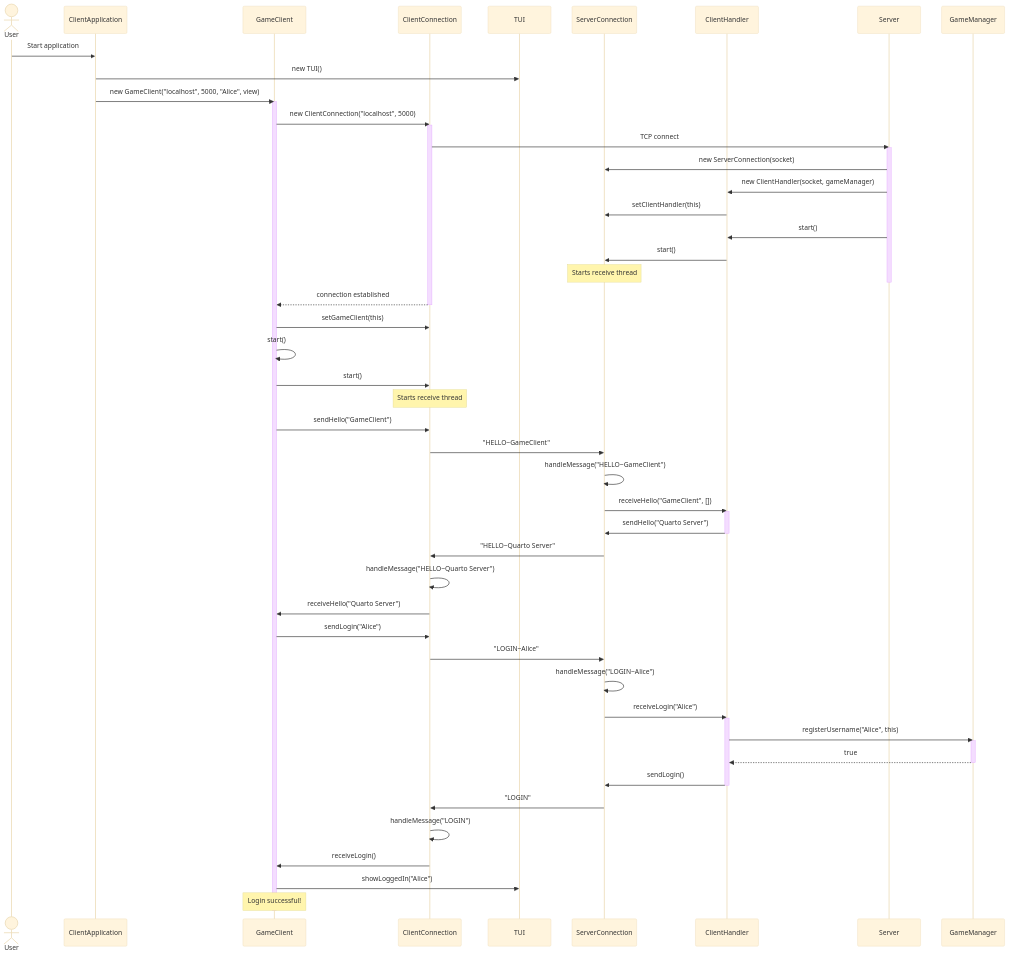
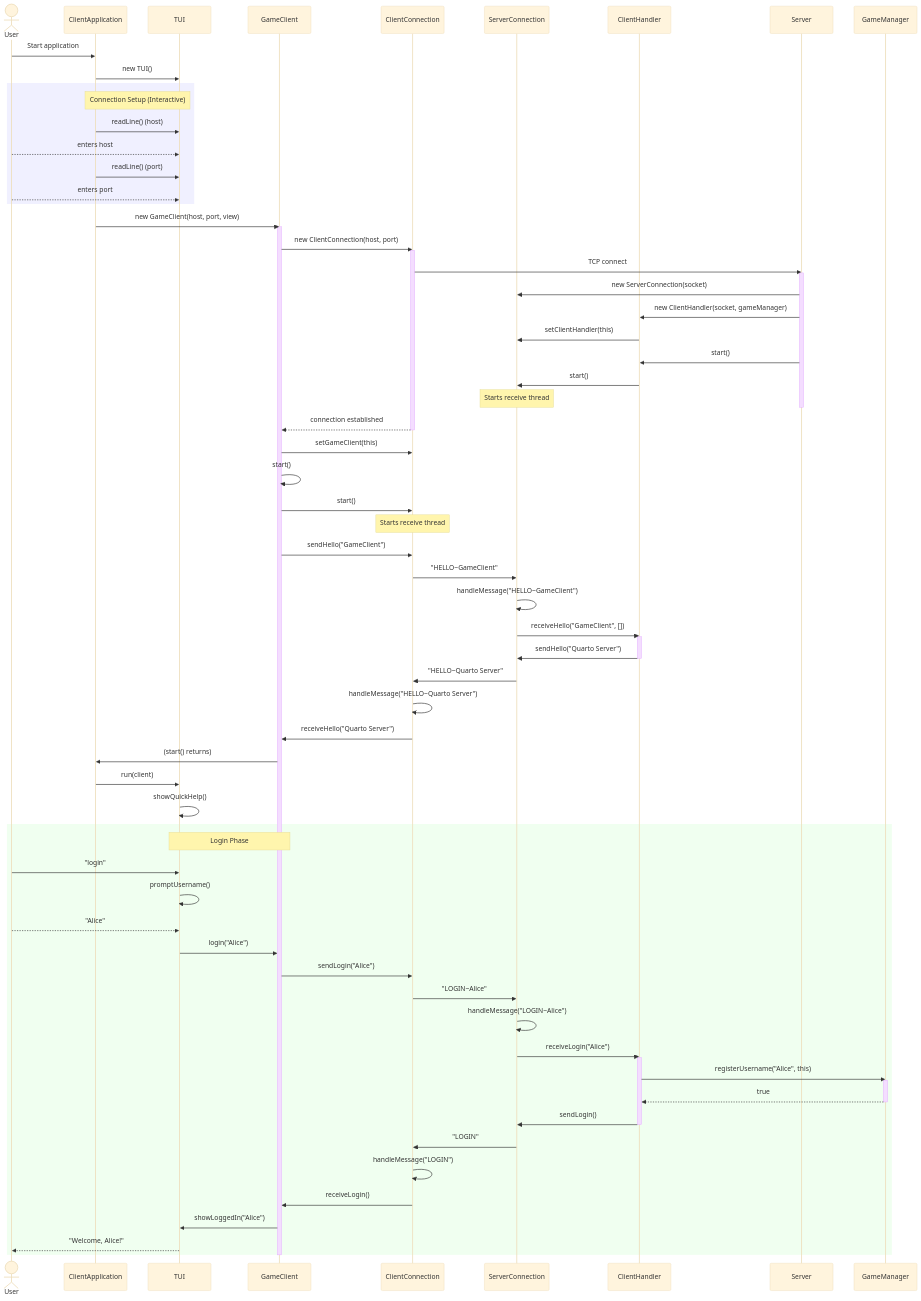
One commit to ramzxy/quarto changed the first of 5 diagrams in docs/Diagrams/Sequence Diagram/sequence_diagram.md. Above: the diagram before and after it, drawn with Mermaid (base theme). The commit also changed 10 other files, not shown here.

Commit message:
updated class diagram

````diff
--- a/docs/Diagrams/Sequence Diagram/sequence_diagram.md
+++ b/docs/Diagrams/Sequence Diagram/sequence_diagram.md
@@ -6,9 +6,9 @@
 sequenceDiagram
     actor User as User
     participant App as ClientApplication
+    participant View as TUI
     participant GC as GameClient
     participant CC as ClientConnection
-    participant View as TUI
     participant SC as ServerConnection
     participant CH as ClientHandler
     participant S as Server
@@ -16,9 +16,18 @@
 
     User->>App: Start application
     App->>View: new TUI()
-    App->>GC: new GameClient("localhost", 5000, "Alice", view)
+    
+    rect rgb(240, 240, 255)
+        Note over App, View: Connection Setup (Interactive)
+        App->>View: readLine() (host)
+        User-->>View: enters host
+        App->>View: readLine() (port)
+        User-->>View: enters port
+    end
+
+    App->>GC: new GameClient(host, port, view)
     activate GC
-    GC->>CC: new ClientConnection("localhost", 5000)
+    GC->>CC: new ClientConnection(host, port)
     activate CC
     CC->>S: TCP connect
     activate S
@@ -31,41 +40,52 @@
     deactivate S
     CC-->>GC: connection established
     deactivate CC
-
+    
     GC->>CC: setGameClient(this)
     GC->>GC: start()
     GC->>CC: start()
     Note over CC: Starts receive thread
     GC->>CC: sendHello("GameClient")
     CC->>SC: "HELLO~GameClient"
-
+    
     SC->>SC: handleMessage("HELLO~GameClient")
     SC->>CH: receiveHello("GameClient", [])
     activate CH
     CH->>SC: sendHello("Quarto Server")
     deactivate CH
     SC->>CC: "HELLO~Quarto Server"
-
+    
     CC->>CC: handleMessage("HELLO~Quarto Server")
     CC->>GC: receiveHello("Quarto Server")
-    GC->>CC: sendLogin("Alice")
-    CC->>SC: "LOGIN~Alice"
-
-    SC->>SC: handleMessage("LOGIN~Alice")
-    SC->>CH: receiveLogin("Alice")
-    activate CH
-    CH->>GM: registerUsername("Alice", this)
-    activate GM
-    GM-->>CH: true
-    deactivate GM
-    CH->>SC: sendLogin()
-    deactivate CH
-    SC->>CC: "LOGIN"
-
-    CC->>CC: handleMessage("LOGIN")
-    CC->>GC: receiveLogin()
-    GC->>View: showLoggedIn("Alice")
-
-    Note over GC: Login successful!
+    GC->>App: (start() returns)
+    
+    App->>View: run(client)
+    View->>View: showQuickHelp()
+    
+    rect rgb(240, 255, 240)
+        Note over View, GC: Login Phase
+        User->>View: "login"
+        View->>View: promptUsername()
+        User-->>View: "Alice"
+        View->>GC: login("Alice")
+        GC->>CC: sendLogin("Alice")
+        CC->>SC: "LOGIN~Alice"
+        
+        SC->>SC: handleMessage("LOGIN~Alice")
+        SC->>CH: receiveLogin("Alice")
+        activate CH
+        CH->>GM: registerUsername("Alice", this)
+        activate GM
+        GM-->>CH: true
+        deactivate GM
+        CH->>SC: sendLogin()
+        deactivate CH
+        SC->>CC: "LOGIN"
+        
+        CC->>CC: handleMessage("LOGIN")
+        CC->>GC: receiveLogin()
+        GC->>View: showLoggedIn("Alice")
+        View-->>User: "Welcome, Alice!"
+    end
     deactivate GC
 ```
````
